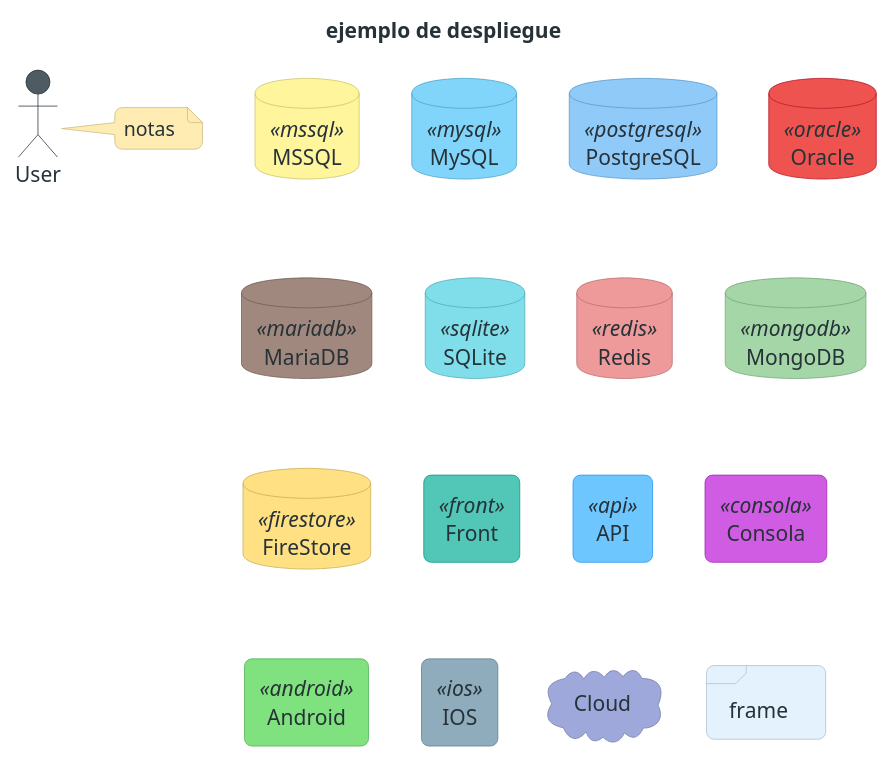
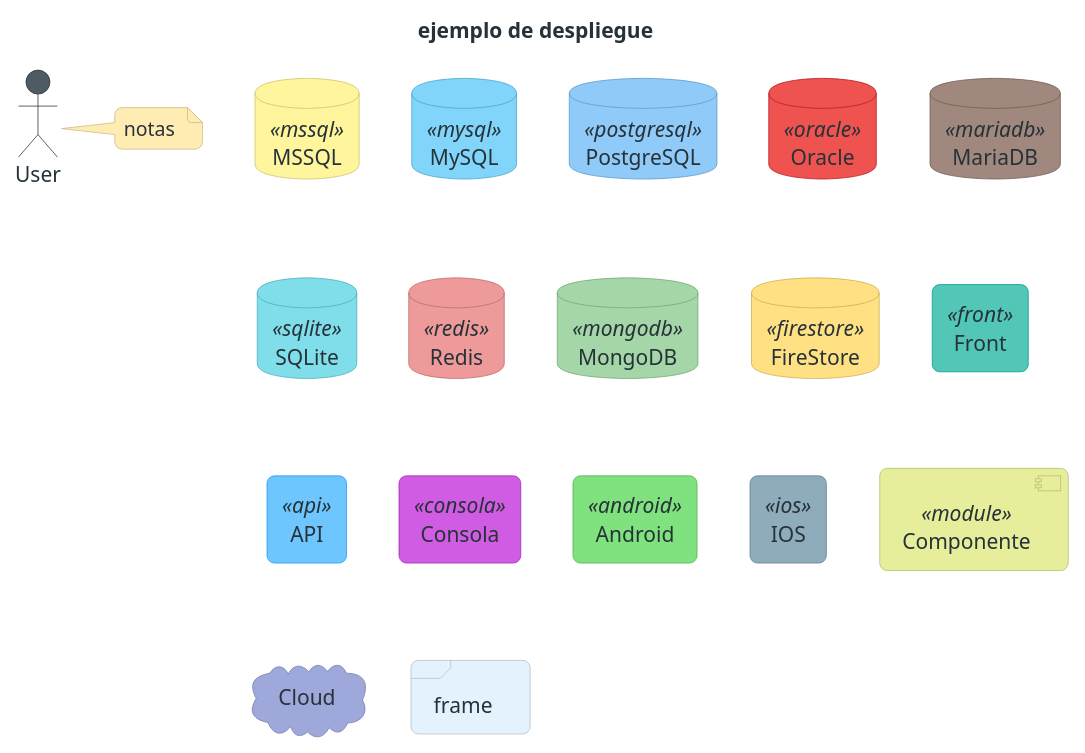
The diagram in plant-uml/despliegue.wsd (AkeUs/config-files), drawn with PlantUML before and after one commit.

Commit message:
feat: se agrega estilo para componente

```diff
--- a/plant-uml/despliegue.wsd
+++ b/plant-uml/despliegue.wsd
@@ -1,113 +1,119 @@
 @startuml
 title ejemplo de despliegue
 
 ' estilos
 skinparam roundCorner 10
 skinparam DefaultFontName "Consolas"
 skinparam DefaultFontColor #263238
 skinparam ArrowColor #263238
 
 skinparam database {
     ' SQL
     BackgroundColor<<mssql>> #fff59d
     BorderColor<<mssql>> #cbc26d
 
     BackgroundColor<<mysql>> #81d4fa
     BorderColor<<mysql>> #4ba3c7
 
     BackgroundColor<<postgresql>> #90caf9
     BorderColor<<postgresql>> #5d99c6
 
     BackgroundColor<<sqlite>> #80deea
     BorderColor<<sqlite>> #4bacb8
 
     BackgroundColor<<oracle>> #ef5350
     BorderColor<<oracle>> #b61827
 
     BackgroundColor<<mariadb>> #a1887f
     BorderColor<<mariadb>> #725b53
 
     ' NoSQL
     BackgroundColor<<redis>> #ef9a9a
     BorderColor<<redis>> #ba6b6c
 
     BackgroundColor<<mongodb>> #a5d6a7
     BorderColor<<mongodb>> #75a478
 
     BackgroundColor<<firestore>> #ffe082
     BorderColor<<firestore>> #caae53
 }
 
 skinparam queue {
     BackgroundColor<<kafka>> #ffcc80
     BorderColor<<kafka>> #ca9b52
 }
 
 skinparam rectangle {
     BackgroundColor<<front>> #52c7b8
     BorderColor<<front>> #009688
 
     BackgroundColor<<api>> #6ec6ff
     BorderColor<<api>> #2196f3
 
     BackgroundColor<<consola>> #d05ce3
     BorderColor<<consola>> #9c27b0
 
     BackgroundColor<<android>> #80e27e
     BorderColor<<android>> #4caf50
 
     BackgroundColor<<ios>> #8eacbb
     BorderColor<<ios>> #607d8b
 }
 
 skinparam frame {
     BackgroundColor #e3f2fd
     BorderColor #b1bfca
 }
 
 skinparam actor {
     BackgroundColor #4f5b62
     BorderColor #263238
 }
 
 skinparam cloud {
     BackgroundColor #9fa8da
     BorderColor #6f79a8
 }
 
 skinparam note {
     BackgroundColor #ffecb3
     BorderColor #cbba83
 }
 
+skinparam component {
+    BackgroundColor<<module>> #e6ee9c
+    BorderColor<<module>> #b3bc6d
+}
+
 ' SQL
 database "MSSQL" <<mssql>> as mssql
 database "MySQL" <<mysql>> as mysql
 database "PostgreSQL" <<postgresql>> as postgresql
 database "Oracle" <<oracle>> as oracle
 database "MariaDB" <<mariadb>> as mariadb
 database "SQLite" <<sqlite>> as sqlite
 
 ' NoSQL
 database "Redis" <<redis>> as redis
 database "MongoDB" <<mongodb>> as mongodb
 database "FireStore" <<firestore>> as firestore
 
 ' apps
 rectangle "Front" <<front>> as front
 rectangle "API" <<api>> as api
 rectangle "Consola" <<consola>> as consola
 
 ' mobile
 rectangle "Android" <<android>> as android
 rectangle "IOS" <<ios>> as ios
 
+component "Componente" <<module>> as componente
 cloud "Cloud" as customCloud
 actor "User" as user
 frame "frame" as frame
 note right of user
  notas 
 endnote
 
 
 @enduml
```
